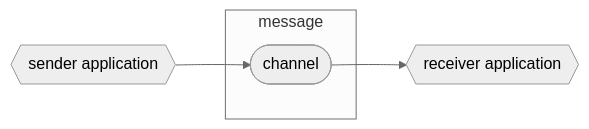
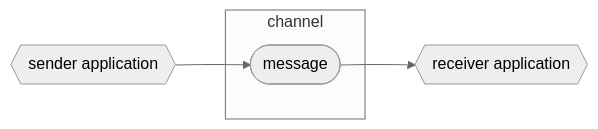
Before and after one commit to asyncapi/website: the diagram in pages/docs/concepts/message.md, drawn with Mermaid (neutral theme).

````diff
--- a/pages/docs/concepts/message.md
+++ b/pages/docs/concepts/message.md
@@ -16,9 +10,9 @@
 ``` mermaid
 graph LR
-subgraph one[message]
-b([channel])
+subgraph one[channel]
+b([message])
 end
 
 A{{sender application}} --> b --> C{{receiver application}}
   
 ```
````
